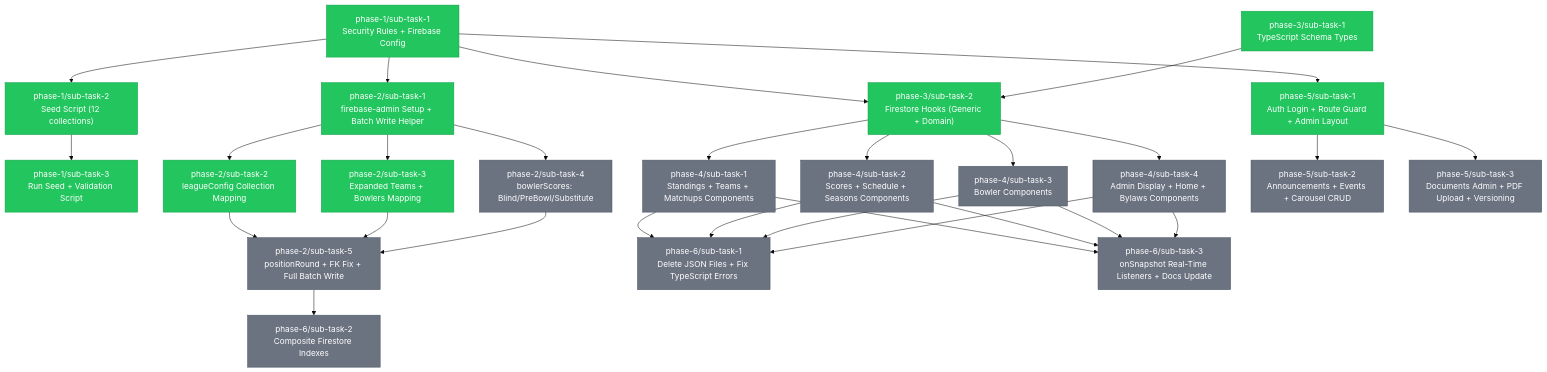
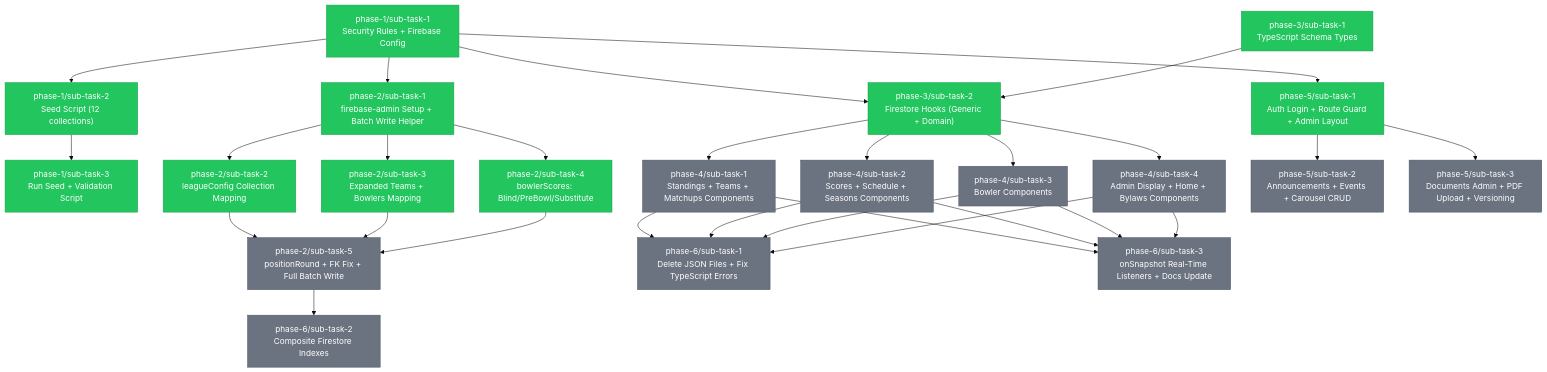
Before and after one commit to Bagwell-Oil-Imaging/late-night-happy-hour-league-site: the diagram in .claude/tasks/TASKS.md, drawn with Mermaid (base theme). The commit also changed other lines of this file, not shown here.

```diff
--- a/.claude/tasks/TASKS.md
+++ b/.claude/tasks/TASKS.md
@@ -90,7 +90,7 @@
     class P2S1 completed
     class P2S2 completed
     class P2S3 completed
-    class P2S4 pending
+    class P2S4 completed
     class P2S5 pending
     class P3S1 completed
     class P3S2 completed
```
